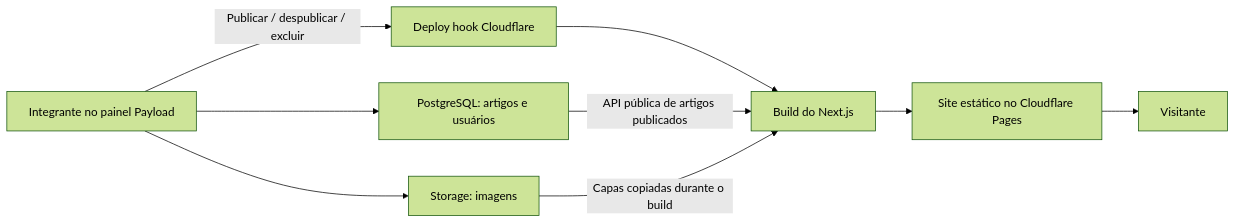
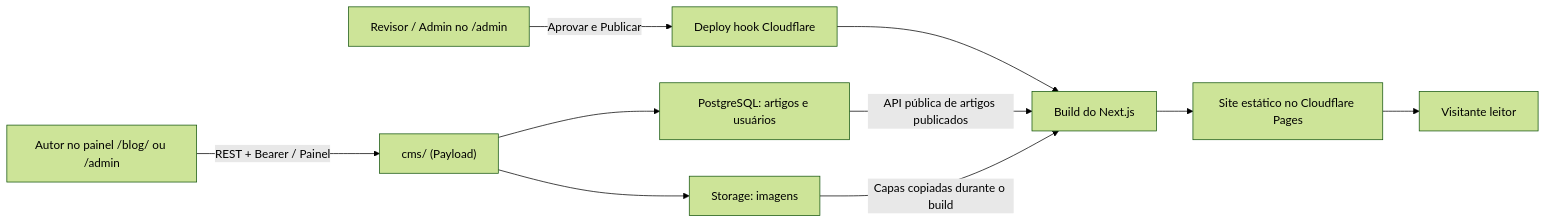
Before and after one commit to dante-ferr/gnuverse: the diagram in docs/arquitetura-cms.md, drawn with Mermaid (forest theme). The commit also changed other lines of this file and 10 other files, not shown here.

````diff
--- a/docs/arquitetura-cms.md
+++ b/docs/arquitetura-cms.md
@@ -25,11 +25,12 @@
 ```mermaid
 flowchart LR
-  A[Integrante no painel Payload] --> B[PostgreSQL: artigos e usuários]
-  A --> C[Storage: imagens]
-  A -->|Publicar / despublicar / excluir| D[Deploy hook Cloudflare]
+  S[Autor no painel /blog/ ou /admin] -->|REST + Bearer / Painel| CMS["cms/ (Payload)"]
+  CMS --> B[PostgreSQL: artigos e usuários]
+  CMS --> C[Storage: imagens]
+  R[Revisor / Admin no /admin] -->|Aprovar e Publicar| D[Deploy hook Cloudflare]
   D --> E[Build do Next.js]
   B -->|API pública de artigos publicados| E
   C -->|Capas copiadas durante o build| E
   E --> F[Site estático no Cloudflare Pages]
-  F --> G[Visitante]
+  F --> G[Visitante leitor]
 ```
````
